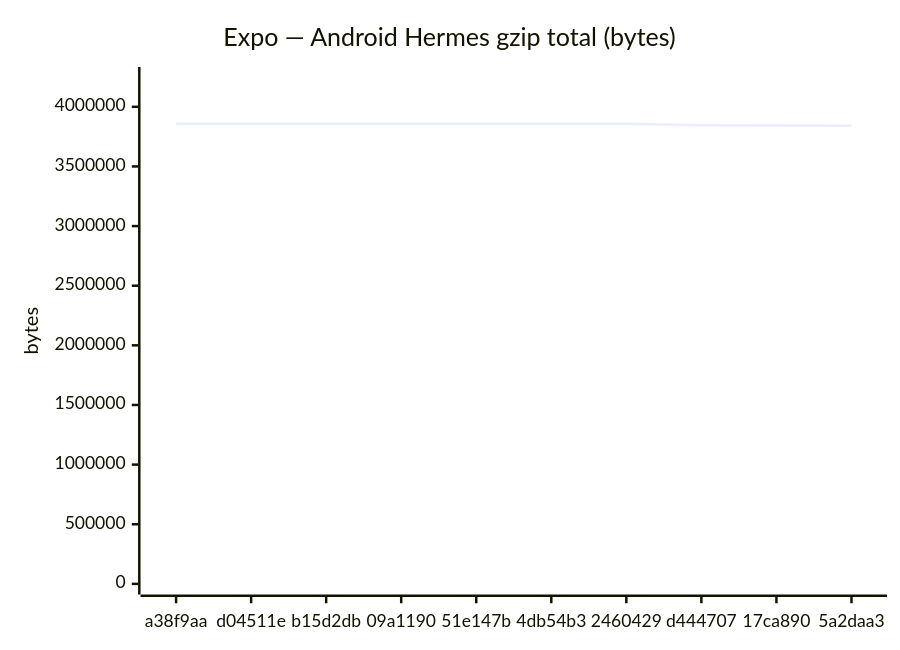
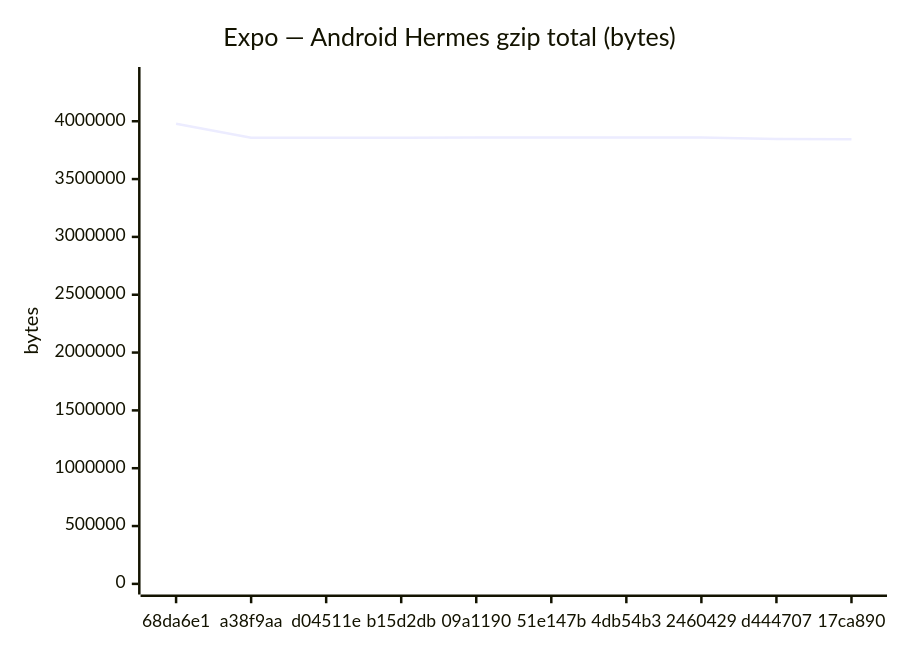
Before and after one commit to Metaheurist/Rianell: the fifth of 18 diagrams in benchmarks/compare.md, drawn with Mermaid. The commit also changed other lines of this file and 11 other files, not shown here.

````diff
--- a/benchmarks/compare.md
+++ b/benchmarks/compare.md
@@ -89,7 +89,7 @@
 ```mermaid
 xychart-beta
     title "Expo — Android Hermes gzip total (bytes)"
-    x-axis ["a38f9aa", "d04511e", "b15d2db", "09a1190", "51e147b", "4db54b3", "2460429", "d444707", "17ca890", "5a2daa3"]
-    y-axis "bytes" 0 --> 4244641
-    line [3858192, 3858192, 3858195, 3858763, 3858763, 3858762, 3858764, 3845905, 3843474, 3841087]
+    x-axis ["68da6e1", "a38f9aa", "d04511e", "b15d2db", "09a1190", "51e147b", "4db54b3", "2460429", "d444707", "17ca890"]
+    y-axis "bytes" 0 --> 4377096
+    line [3979178, 3858192, 3858192, 3858195, 3858763, 3858763, 3858762, 3858764, 3845905, 3843474]
 ```
````
